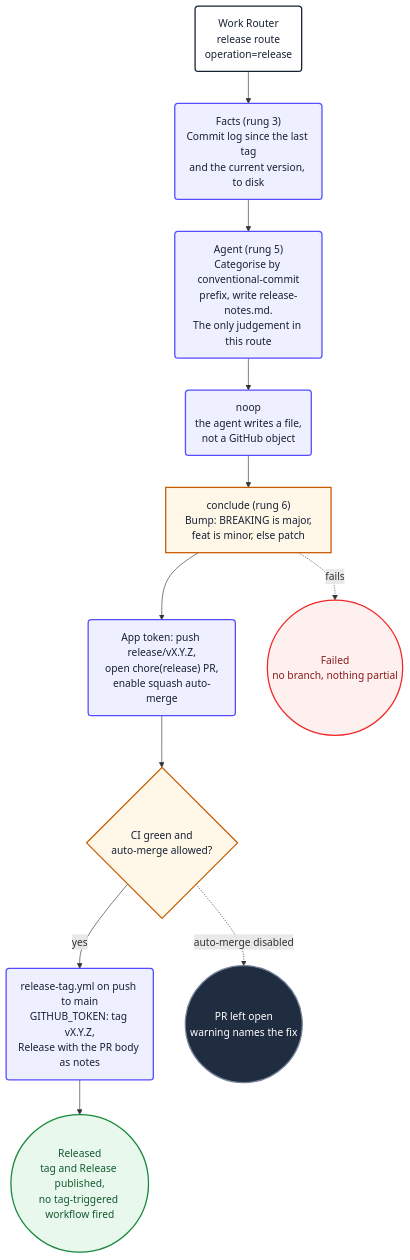
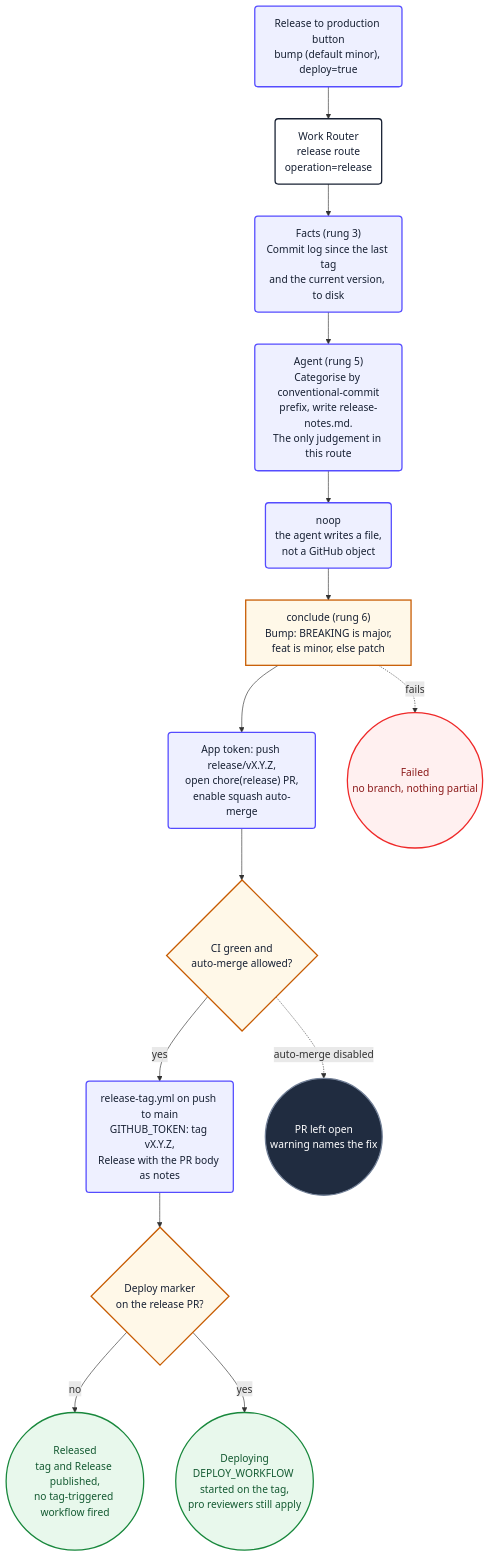
Diagram 12 of 16 in loops/docs/diagrams.md (PlainConceptsPlatform/agentic-workflows), drawn with Mermaid before and after one commit. The commit also changed other lines of this file and 11 other files, not shown here.

First line of the commit message:
feat(release): one-click release to production; 1.19.0

````diff
--- a/loops/docs/diagrams.md
+++ b/loops/docs/diagrams.md
@@ -599,30 +599,35 @@
 ```mermaid
 flowchart TD
     relStart("Work Router<br/>release route<br/>operation=release") --> relFacts
+    relButton("Release to production button<br/>bump (default minor), deploy=true") --> relStart
     relFacts("Facts (rung 3)<br/>Commit log since the last tag<br/>and the current version, to disk") --> relAgent
     relAgent("Agent (rung 5)<br/>Categorise by conventional-commit<br/>prefix, write release-notes.md.<br/>The only judgement in this route") --> relNoop
     relNoop("noop<br/>the agent writes a file,<br/>not a GitHub object") --> relConclude
     relConclude["conclude (rung 6)<br/>Bump: BREAKING is major,<br/>feat is minor, else patch"] --> relPr
     relPr("App token: push release/vX.Y.Z,<br/>open chore(release) PR,<br/>enable squash auto-merge") --> relMerge
     relMerge{"CI green and<br/>auto-merge allowed?"}
     relMerge -->|yes| relTag
     relMerge -.->|auto-merge disabled| relOpen
-    relTag("release-tag.yml on push to main<br/>GITHUB_TOKEN: tag vX.Y.Z,<br/>Release with the PR body as notes") --> relDone
+    relTag("release-tag.yml on push to main<br/>GITHUB_TOKEN: tag vX.Y.Z,<br/>Release with the PR body as notes") --> relDeployQ
+    relDeployQ{"Deploy marker<br/>on the release PR?"}
+    relDeployQ -->|no| relDone
+    relDeployQ -->|yes| relDeploy
+    relDeploy(("Deploying<br/>DEPLOY_WORKFLOW started on the tag,<br/>pro reviewers still apply"))
     relConclude -.->|fails| relFail
     relOpen(("PR left open<br/>warning names the fix"))
     relDone(("Released<br/>tag and Release published,<br/>no tag-triggered workflow fired"))
     relFail(("Failed<br/>no branch, nothing partial"))
 
     classDef start fill:#ffffff,stroke:#172033,stroke-width:2px,color:#172033
     classDef action fill:#eef0ff,stroke:#554cff,stroke-width:2px,color:#172033
     classDef decision fill:#fff8e8,stroke:#c75b00,stroke-width:2px,color:#172033
     classDef idle fill:#202c40,stroke:#738198,stroke-width:2px,color:#ffffff
     classDef failure fill:#fff0f0,stroke:#ef2929,stroke-width:2px,color:#8b1a1a
     classDef success fill:#e8f8ec,stroke:#18883c,stroke-width:2px,color:#145a32
     class relStart start
-    class relFacts,relAgent,relNoop,relPr,relTag action
-    class relConclude,relMerge decision
+    class relButton,relFacts,relAgent,relNoop,relPr,relTag action
+    class relConclude,relMerge,relDeployQ decision
     class relFail failure
     class relOpen idle
-    class relDone success
+    class relDone,relDeploy success
 ```
````
